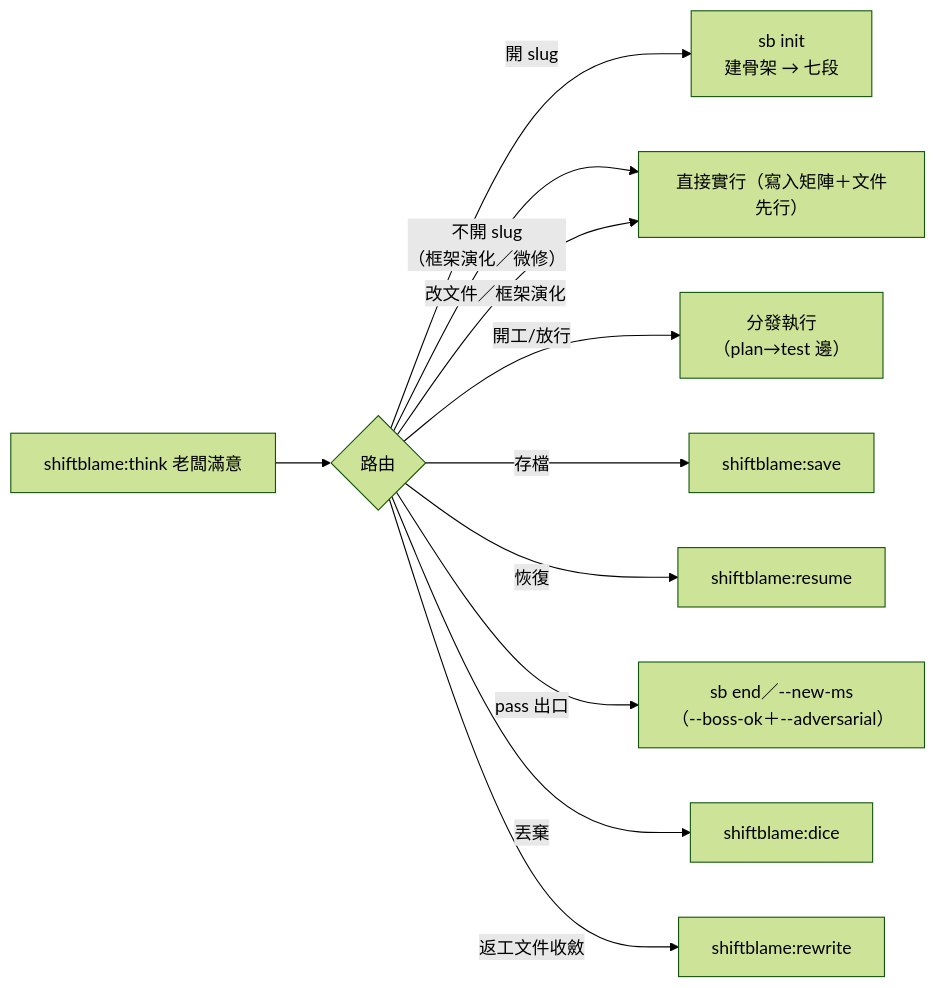
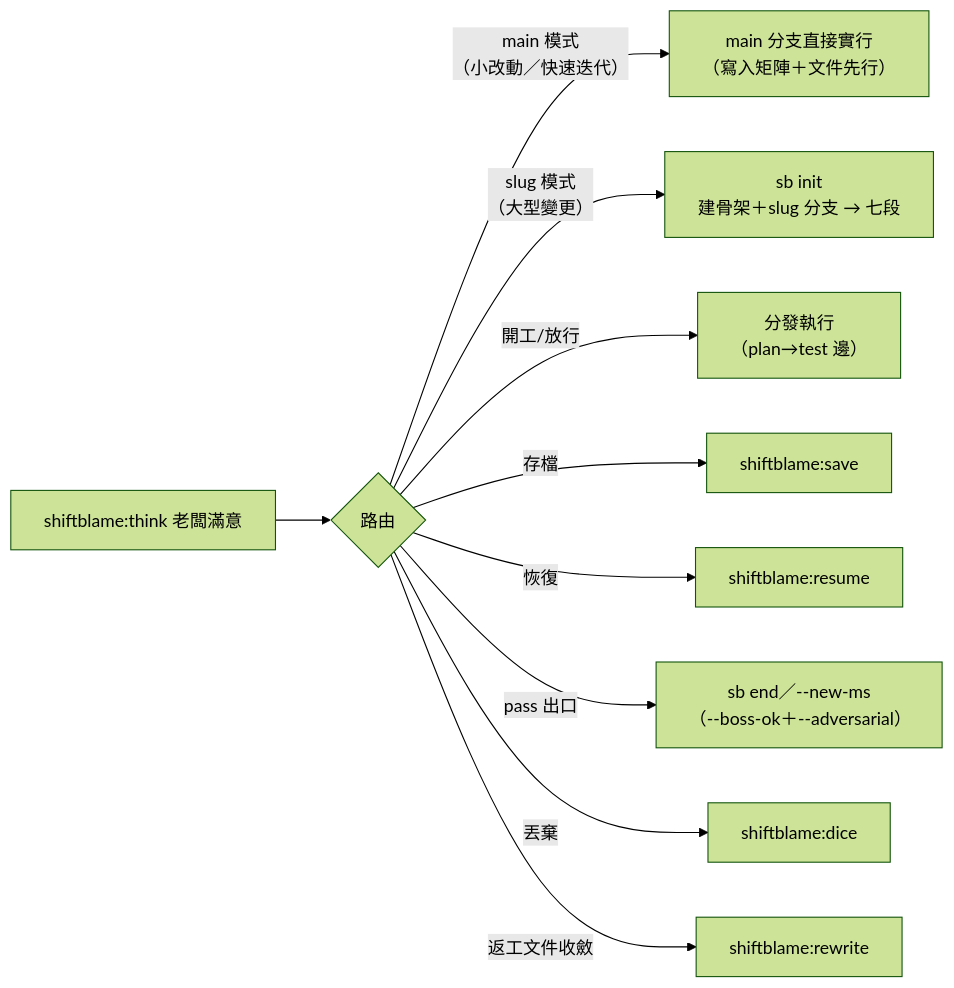
One commit to teps3105/shiftblame changed the fourth of 4 diagrams in skills/think/SKILL.md. Above: the diagram before and after it, drawn with Mermaid (forest theme). The commit also changed other lines of this file and 33 other files, not shown here.

````diff
--- a/skills/think/SKILL.md
+++ b/skills/think/SKILL.md
@@ -103,13 +104,12 @@
 ```mermaid
 flowchart LR
     T["shiftblame:think 老闆滿意"] --> R{"路由"}
-    R -- "開 slug" --> S["sb init<br/>建骨架 → 七段"]
-    R -- "不開 slug<br/>（框架演化／微修）" --> D7["直接實行"]
+    R -- "main 模式<br/>（小改動／快速迭代）" --> D7["main 分支直接實行<br/>（寫入矩陣＋文件先行）"]
+    R -- "slug 模式<br/>（大型變更）" --> S["sb init <slug><br/>建骨架＋slug 分支 → 七段"]
     R -- 開工/放行 --> D1["分發執行<br/>（plan→test 邊）"]
     R -- 存檔 --> D2["shiftblame:save"]
     R -- 恢復 --> D3["shiftblame:resume"]
     R -- "pass 出口" --> D4["sb end／--new-ms<br/>（--boss-ok＋--adversarial）"]
     R -- 丟棄 --> D5["shiftblame:dice"]
     R -- 返工文件收斂 --> D6["shiftblame:rewrite"]
-    R -- 改文件／框架演化 --> D7["直接實行（寫入矩陣＋文件先行）"]
 ```
````
